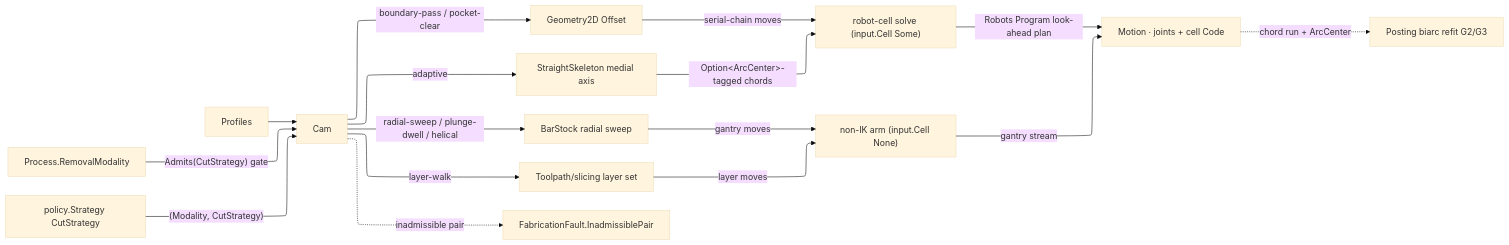
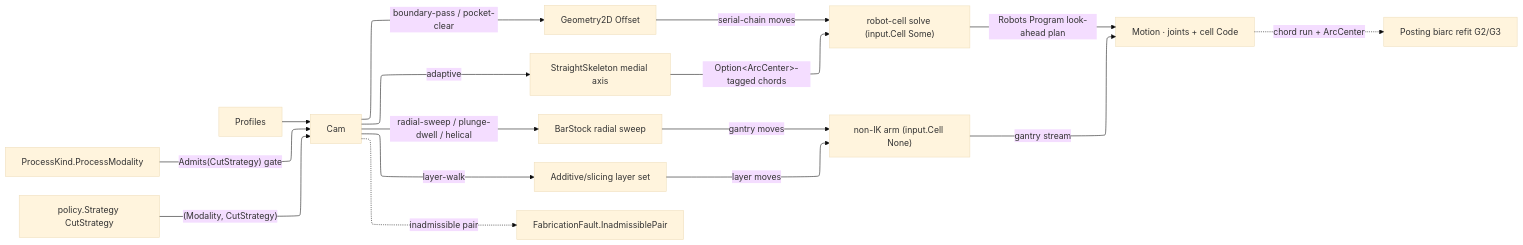
Before and after one commit to bsamiee/Rasm: the diagram in libs/csharp/Rasm.Fabrication/.planning/Toolpath/motion.md, drawn with Mermaid. The commit also changed other lines of this file and 315 other files, not shown here.

````diff
--- a/libs/csharp/Rasm.Fabrication/.planning/Toolpath/motion.md
+++ b/libs/csharp/Rasm.Fabrication/.planning/Toolpath/motion.md
@@ -143,23 +185,23 @@
 ```mermaid
 ---
 config:
   layout: elk
   theme: base
 ---
 flowchart LR
-    Process["Process.RemovalModality"] -->|"Admits(CutStrategy) gate"| Cam["Cam"]
+    Process["ProcessKind.ProcessModality"] -->|"Admits(CutStrategy) gate"| Cam["Cam"]
     Policy["policy.Strategy CutStrategy"] -->|"(Modality, CutStrategy)"| Cam
     Profiles["Profiles"] --> Cam
     Cam -->|boundary-pass / pocket-clear| Offset["Geometry2D Offset"]
     Cam -->|adaptive| Skeleton["StraightSkeleton medial axis"]
     Cam -->|radial-sweep / plunge-dwell / helical| Radial["BarStock radial sweep"]
-    Cam -->|layer-walk| Slice["Toolpath/slicing layer set"]
+    Cam -->|layer-walk| Slice["Additive/slicing layer set"]
     Cam -.->|inadmissible pair| Fault["FabricationFault.InadmissiblePair"]
     Skeleton -->|Option&lt;ArcCenter&gt;-tagged chords| Drive["robot-cell solve (input.Cell Some)"]
     Offset -->|serial-chain moves| Drive
     Radial -->|gantry moves| Direct["non-IK arm (input.Cell None)"]
     Slice -->|layer moves| Direct
     Drive -->|Robots Program look-ahead plan| Motion["Motion · joints + cell Code"]
     Direct -->|gantry stream| Motion
     Motion -.->|chord run + ArcCenter| Biarc["Posting biarc refit G2/G3"]
 ```
````
